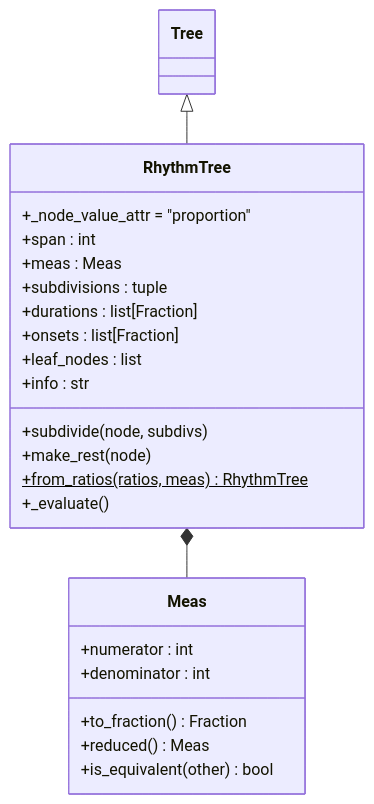
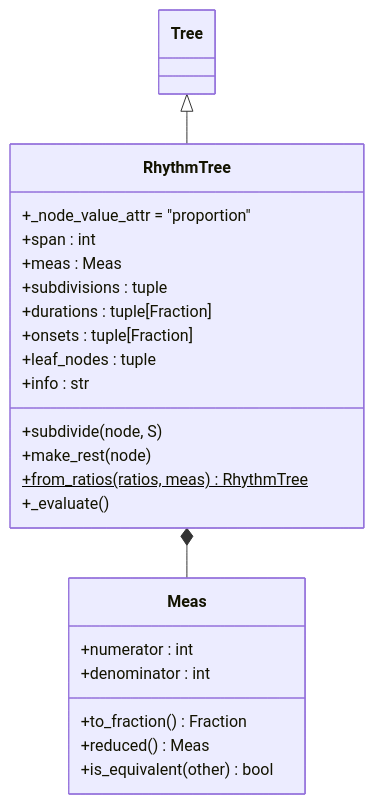
Before and after one commit to kr4g/Klotho: the first of 7 diagrams in docs/architecture/02_CHRONOS.md, drawn with Mermaid. The commit also changed other lines of this file and 14 other files, not shown here.

First line of the commit message:
Refresh architecture docs and Sphinx index for 10.x API (10.11.1)

````diff
--- a/docs/architecture/02_CHRONOS.md
+++ b/docs/architecture/02_CHRONOS.md
@@ -51,29 +51,29 @@
 ```mermaid
 classDiagram
     Tree <|-- RhythmTree
 
     class RhythmTree {
         +_node_value_attr = "proportion"
         +span : int
         +meas : Meas
         +subdivisions : tuple
-        +durations : list[Fraction]
-        +onsets : list[Fraction]
-        +leaf_nodes : list
+        +durations : tuple[Fraction]
+        +onsets : tuple[Fraction]
+        +leaf_nodes : tuple
         +info : str
-        +subdivide(node, subdivs)
+        +subdivide(node, S)
         +make_rest(node)
         +from_ratios(ratios, meas) RhythmTree$
         +_evaluate()
     }
 
     class Meas {
         +numerator : int
         +denominator : int
         +to_fraction() Fraction
         +reduced() Meas
         +is_equivalent(other) bool
     }
 
     RhythmTree *-- Meas
 ```
````
